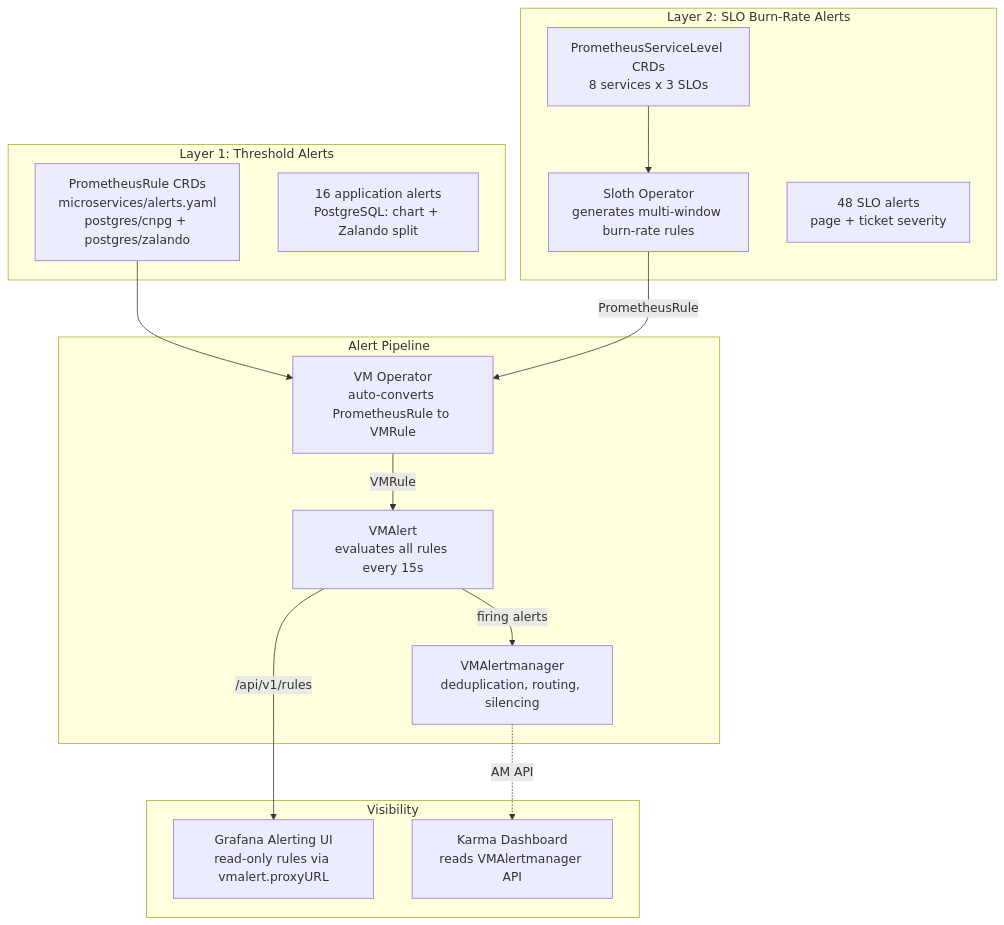
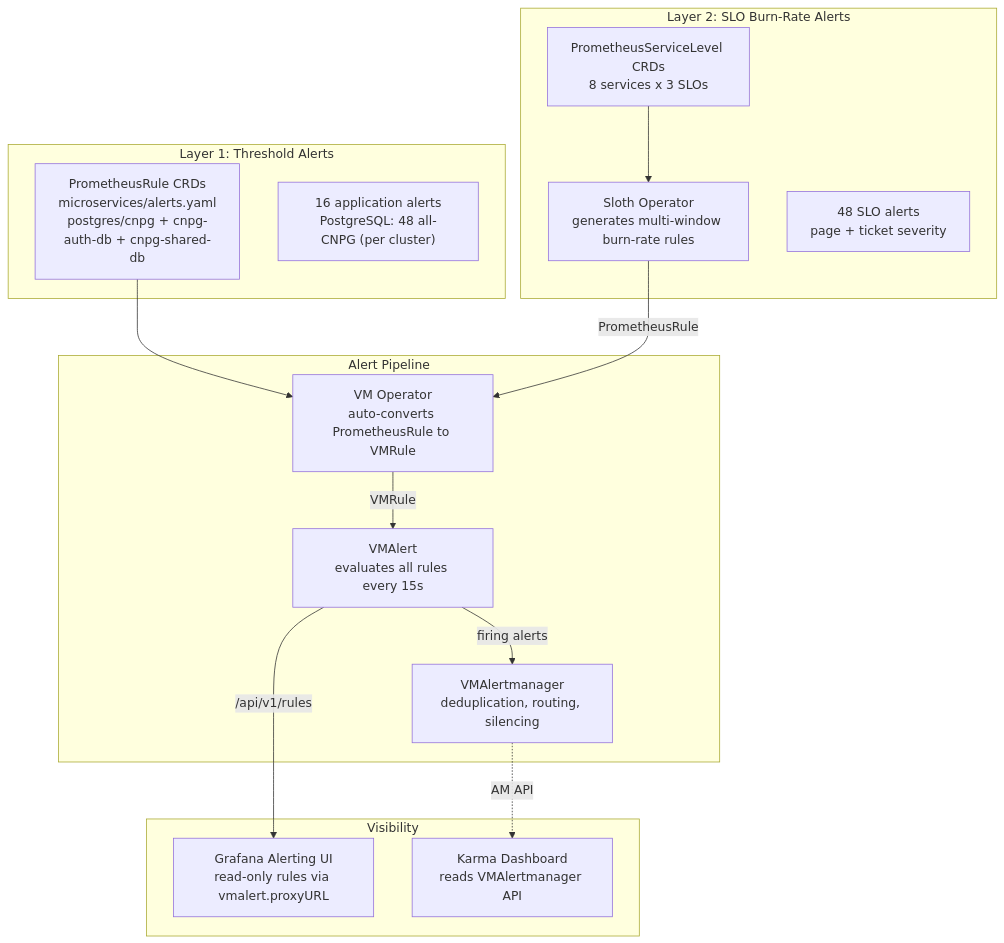
Before and after one commit to duynhlab/homelab: the second of 3 diagrams in docs/observability/alerting/README.md, drawn with Mermaid. The commit also changed other lines of this file and 243 other files, not shown here.

````diff
--- a/docs/observability/alerting/README.md
+++ b/docs/observability/alerting/README.md
@@ -84,32 +84,32 @@
 ```mermaid
 flowchart TD
     subgraph layer1 ["Layer 1: Threshold Alerts"]
-        PR1["PrometheusRule CRDs<br/>microservices/alerts.yaml<br/>postgres/cnpg + postgres/zalando"]
-        T1["16 application alerts<br/>PostgreSQL: chart + Zalando split"]
+        PR1["PrometheusRule CRDs<br/>microservices/alerts.yaml<br/>postgres/cnpg + cnpg-auth-db + cnpg-shared-db"]
+        T1["16 application alerts<br/>PostgreSQL: 48 all-CNPG (per cluster)"]
     end
 
     subgraph layer2 ["Layer 2: SLO Burn-Rate Alerts"]
         PSL["PrometheusServiceLevel CRDs<br/>8 services x 3 SLOs"]
         Sloth["Sloth Operator<br/>generates multi-window burn-rate rules"]
         T2["48 SLO alerts<br/>page + ticket severity"]
     end
 
     subgraph pipeline ["Alert Pipeline"]
         VMOp["VM Operator<br/>auto-converts PrometheusRule to VMRule"]
         VMAlert["VMAlert<br/>evaluates all rules every 15s"]
         VMAM["VMAlertmanager<br/>deduplication, routing, silencing"]
     end
 
     subgraph viz [Visibility]
         Grafana["Grafana Alerting UI<br/>read-only rules via vmalert.proxyURL"]
         Karma["Karma Dashboard<br/>reads VMAlertmanager API"]
     end
 
     PR1 --> VMOp
     PSL --> Sloth
     Sloth -->|"PrometheusRule"| VMOp
     VMOp -->|"VMRule"| VMAlert
     VMAlert -->|"firing alerts"| VMAM
     VMAlert -->|"/api/v1/rules"| Grafana
     VMAM -.->|"AM API"| Karma
 ```
````
